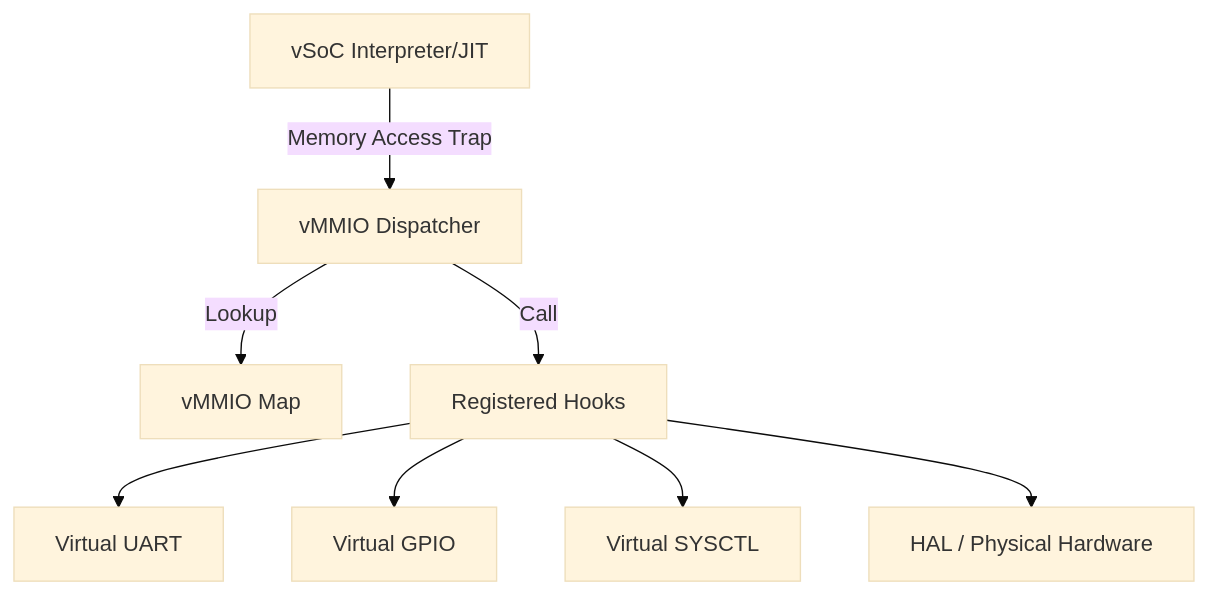
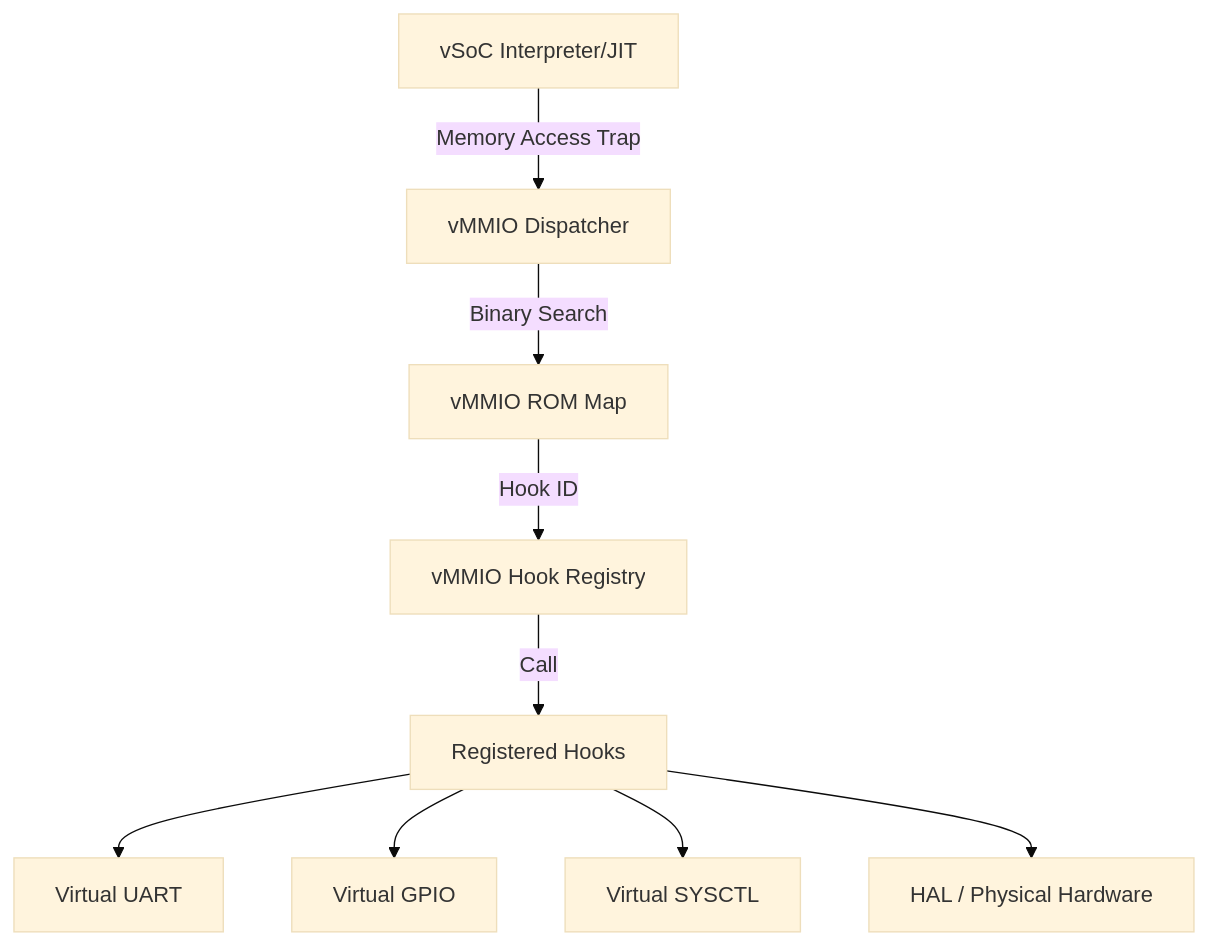
Before and after one commit to kmt-t/fireball: the first of 2 diagrams in docs/orders/components/vmmio.md, drawn with Mermaid (base theme). The commit also changed other lines of this file and 33 other files, not shown here.

````diff
--- a/docs/orders/components/vmmio.md
+++ b/docs/orders/components/vmmio.md
@@ -14,10 +15,11 @@
 ```mermaid
 graph TD
     vSoC[vSoC Interpreter/JIT] --> |Memory Access Trap| vMMIO[vMMIO Dispatcher]
-    vMMIO --> |Lookup| Map[vMMIO Map]
-    vMMIO --> |Call| Hook[Registered Hooks]
+    vMMIO --> |Binary Search| ROM_Map[vMMIO ROM Map]
+    ROM_Map --> |Hook ID| RAM_Registry[vMMIO Hook Registry]
+    RAM_Registry --> |Call| Hook[Registered Hooks]
     Hook --> UART[Virtual UART]
     Hook --> GPIO[Virtual GPIO]
     Hook --> SYS[Virtual SYSCTL]
     Hook --> HAL[HAL / Physical Hardware]
 ```
````
